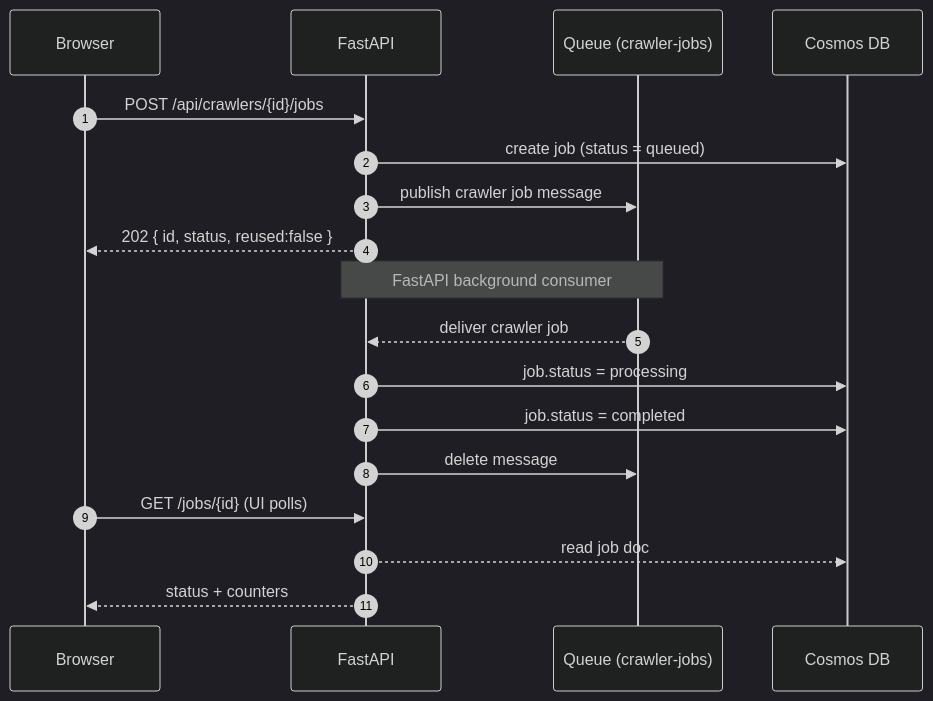
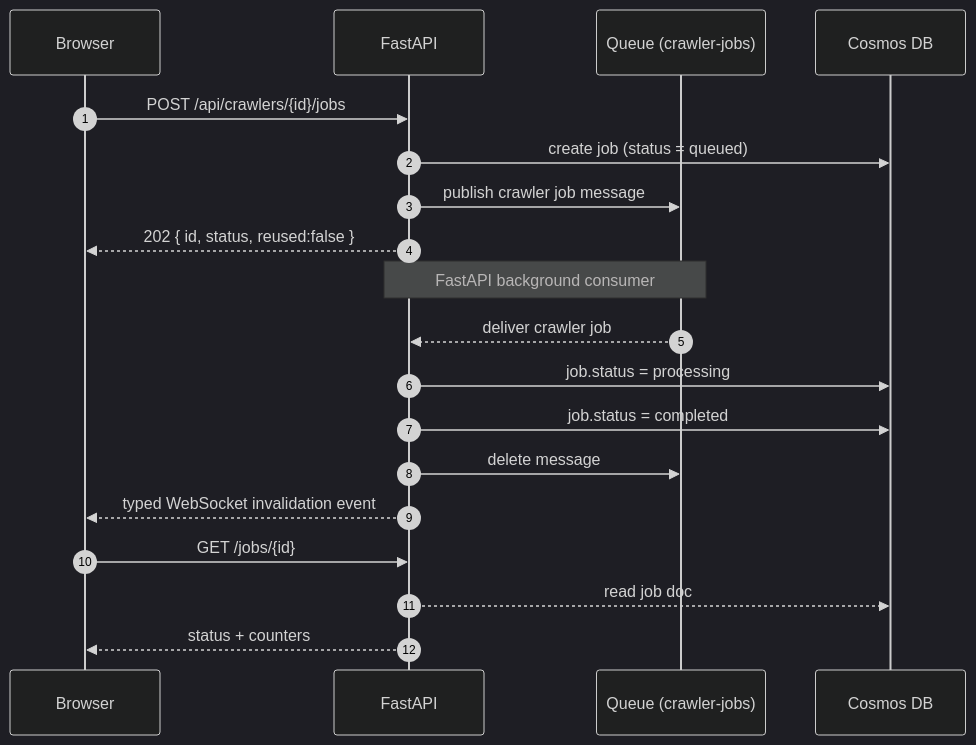
Before and after one commit to datntdev0/toolbox-media-studio: the third of 3 diagrams in docs/architecture.md, drawn with Mermaid (dark theme). The commit also changed other lines of this file and 11 other files, not shown here.

````diff
--- a/docs/architecture.md
+++ b/docs/architecture.md
@@ -94,23 +94,24 @@
 ```mermaid
 sequenceDiagram
     autonumber
     participant U as Browser
     participant A as FastAPI
     participant Q as Queue (crawler-jobs)
     participant C as Cosmos DB
 
     U->>A: POST /api/crawlers/{id}/jobs
     A->>C: create job (status = queued)
     A->>Q: publish crawler job message
     A-->>U: 202 { id, status, reused:false }
 
     Note over A,Q: FastAPI background consumer
     Q-->>A: deliver crawler job
     A->>C: job.status = processing
     A->>C: job.status = completed
     A->>Q: delete message
 
-    U->>A: GET /jobs/{id}  (UI polls)
+    A-->>U: typed WebSocket invalidation event
+    U->>A: GET /jobs/{id}
     A-->>C: read job doc
     A-->>U: status + counters
 ```
````
